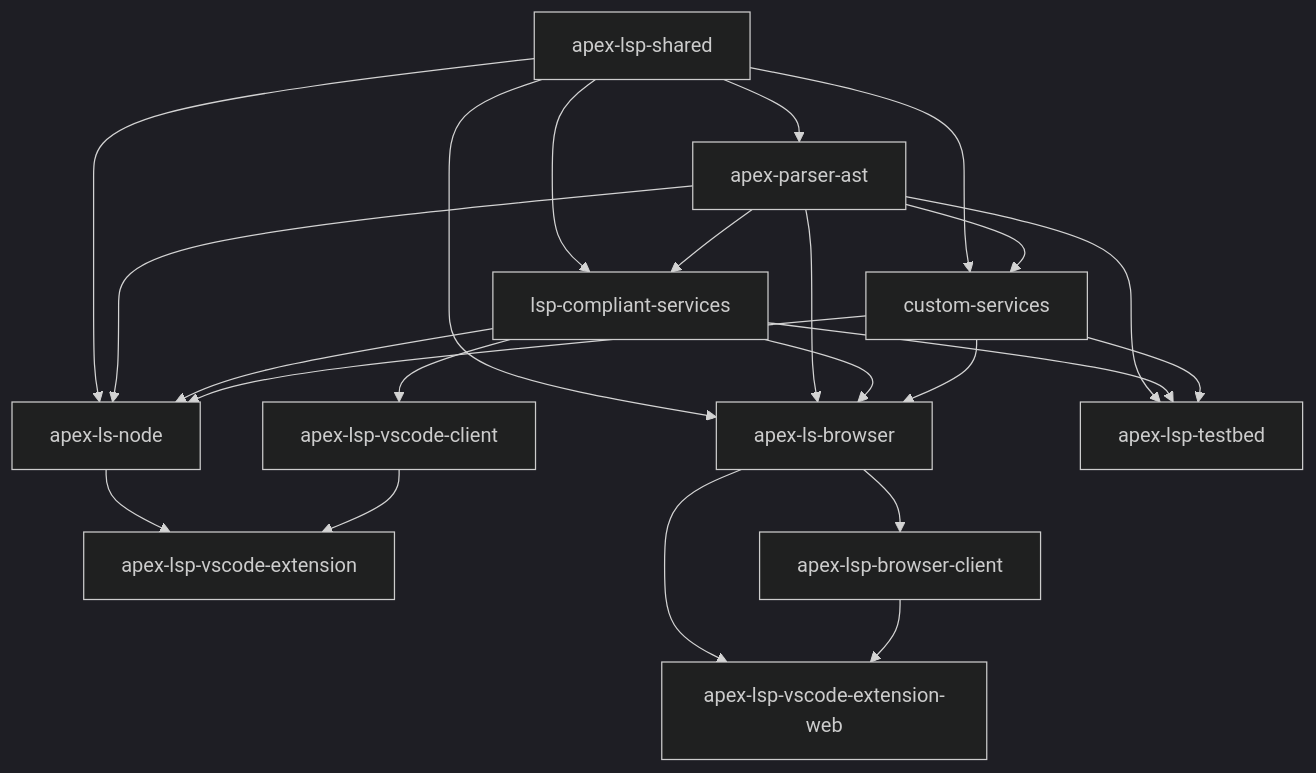
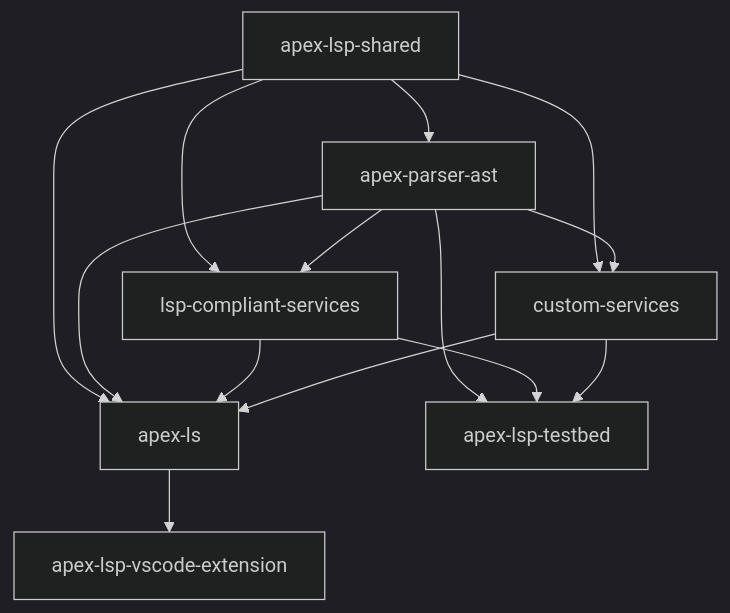
The diagram in CONTRIBUTING.md (forcedotcom/apex-language-support), drawn with Mermaid (dark theme) before and after one commit. The commit also changed other lines of this file and 190 other files, not shown here.

````diff
--- a/CONTRIBUTING.md
+++ b/CONTRIBUTING.md
@@ -207,31 +195,20 @@
 ```mermaid
 graph TD
     A[apex-lsp-shared] --> B[apex-parser-ast]
     A --> C[lsp-compliant-services]
     A --> D[custom-services]
-    A --> E[apex-ls-node]
-    A --> F[apex-ls-browser]
+    A --> E[apex-ls]
 
     B --> C
     B --> D
     B --> E
-    B --> F
 
     C --> E
-    C --> F
-    C --> G[apex-lsp-vscode-client]
-
     D --> E
-    D --> F
 
     E --> H[apex-lsp-vscode-extension]
-    F --> I[apex-lsp-browser-client]
-    F --> J[apex-lsp-vscode-extension-web]
-
-    G --> H
-    I --> J
 
     B --> K[apex-lsp-testbed]
     C --> K
     D --> K
 ```
````
